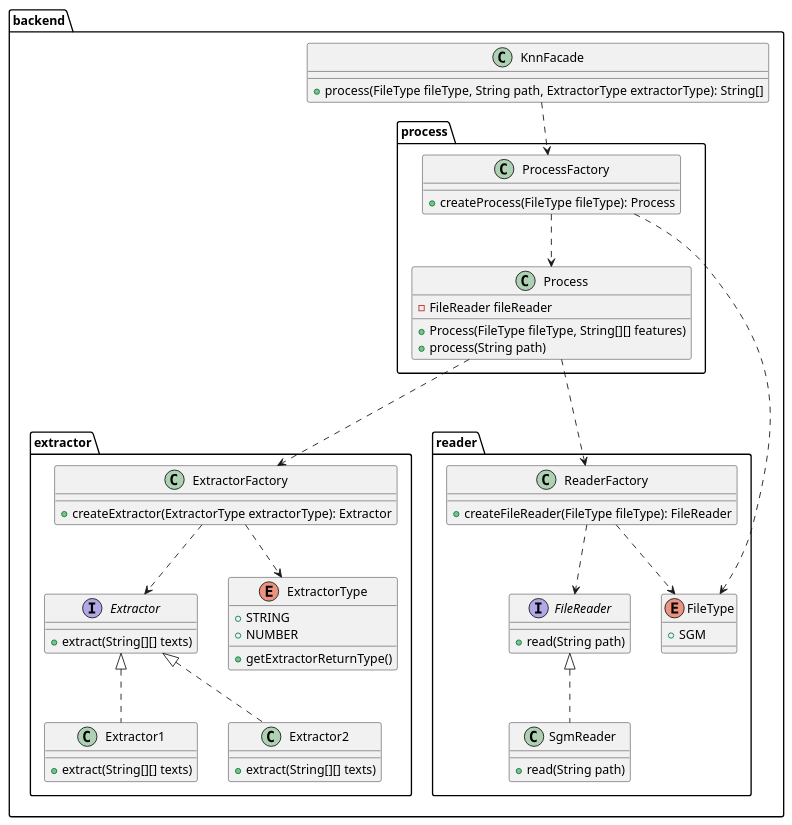
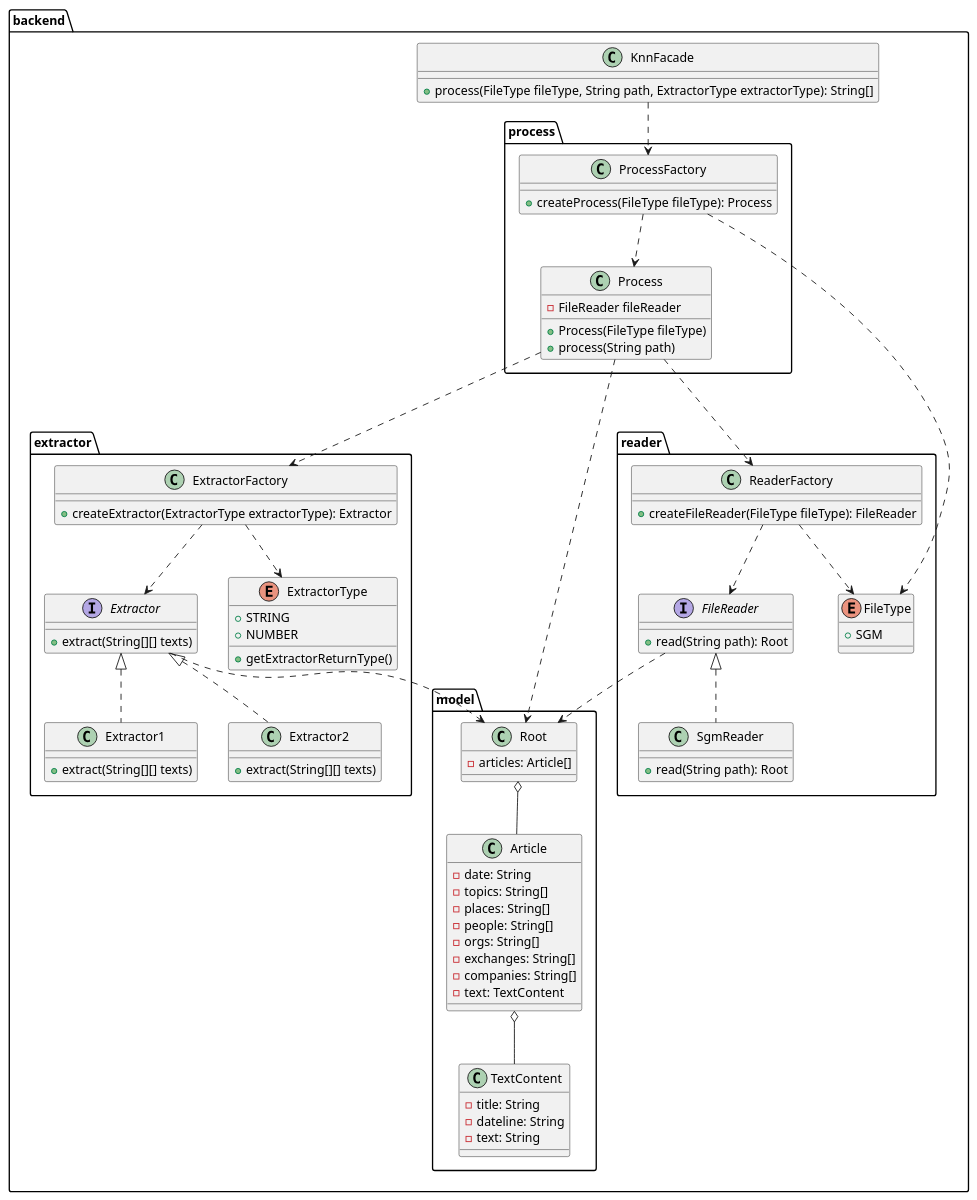
Before and after one commit to kambed/Computer-Recognition-Systems: the second of 2 diagrams in README.md, drawn with PlantUML. The commit also changed 7 other files, not shown here.

```diff
--- a/README.md
+++ b/README.md
@@ -33,10 +33,10 @@
 package backend {
     package reader {
         interface FileReader {
-            + read(String path)
+            + read(String path): Root
         }
         class SgmReader implements FileReader {
-            + read(String path)
+            + read(String path): Root
         }
         
         class ReaderFactory {
@@ -72,7 +72,7 @@
     package process {
         class Process {
             - FileReader fileReader
-            + Process(FileType fileType, String[][] features)
+            + Process(FileType fileType)
             + process(String path)
         }
         Process ...> ReaderFactory
@@ -83,6 +83,31 @@
         ProcessFactory ..> Process
         ProcessFactory ..> FileType
     }
+    package model {
+        class Root {
+            - articles: Article[]
+        }
+        FileReader ..> Root
+        Extractor ..> Root
+        Process ..> Root
+        class Article {
+            - date: String
+            - topics: String[]
+            - places: String[]
+            - people: String[]
+            - orgs: String[]
+            - exchanges: String[]
+            - companies: String[]
+            - text: TextContent
+        }
+        class TextContent {
+            - title: String
+            - dateline: String
+            - text: String
+        }
+        Root o-- Article
+        Article o-- TextContent
+    }
     class KnnFacade {
         + process(FileType fileType, String path, ExtractorType extractorType): String[]
     }
```
